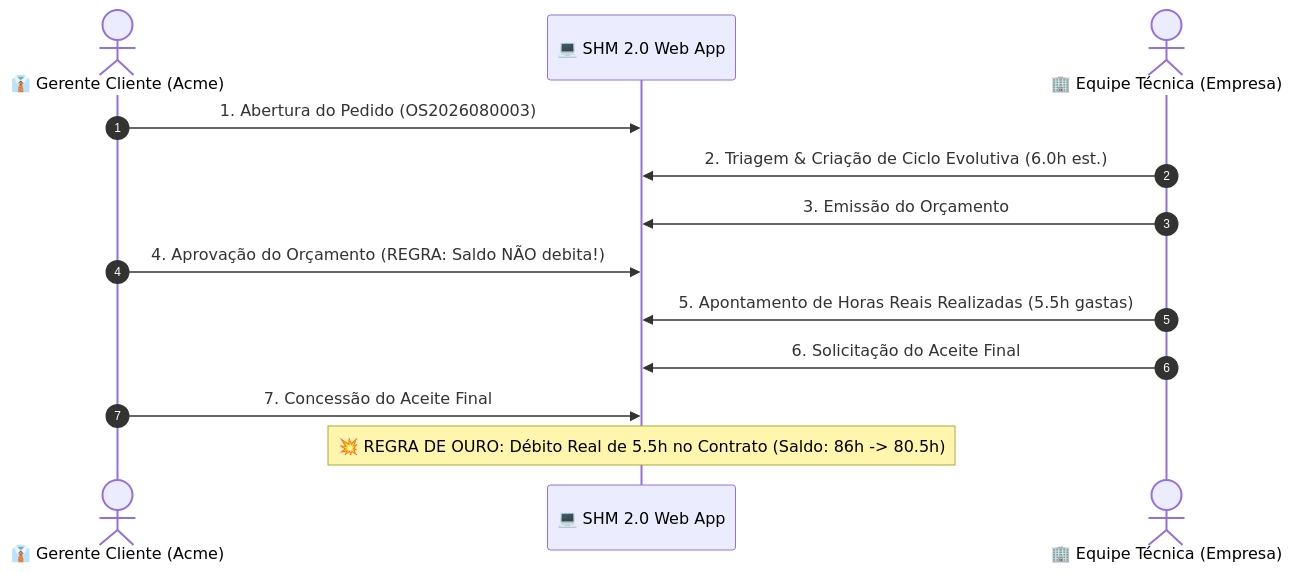
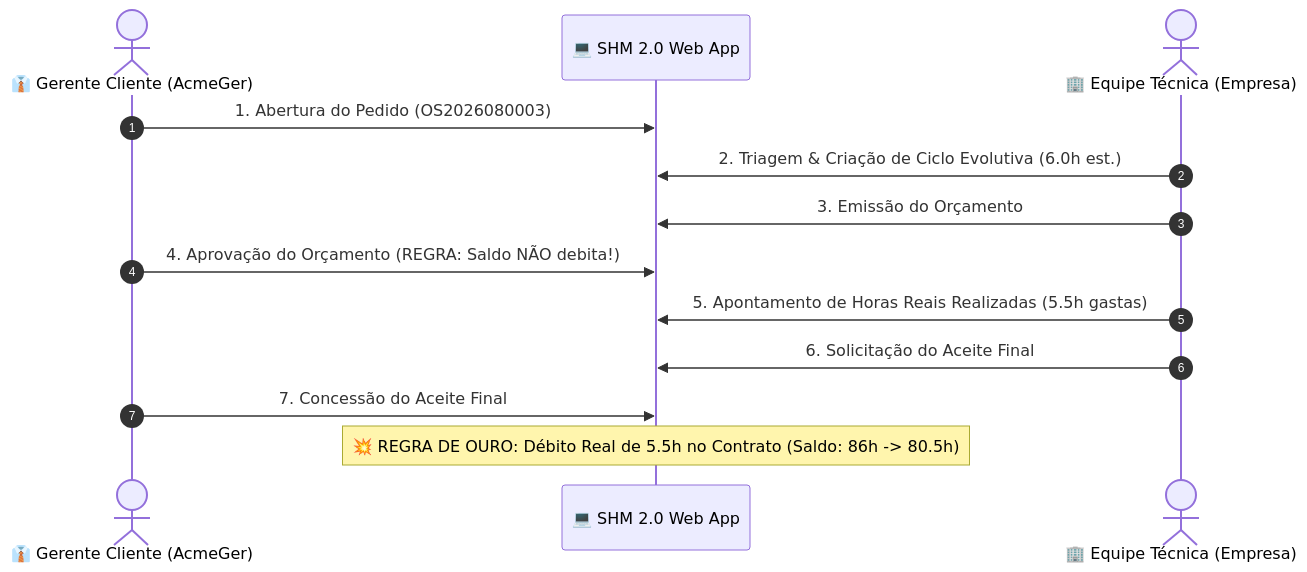
One commit to andresouza72br-sketch/SHM---Support-Hours-Manage changed the diagram in testes/ROTEIRO_DE_TESTES.md. Above: the diagram before and after it, drawn with Mermaid. The commit also changed other lines of this file and 3 other files, not shown here.

````diff
--- a/testes/ROTEIRO_DE_TESTES.md
+++ b/testes/ROTEIRO_DE_TESTES.md
@@ -42,16 +42,16 @@
 ```mermaid
 sequenceDiagram
     autonumber
-    actor Cliente as 👔 Gerente Cliente (Acme)
+    actor Cliente as 👔 Gerente Cliente (AcmeGer)
     participant SHM as 💻 SHM 2.0 Web App
     actor Empresa as 🏢 Equipe Técnica (Empresa)
 
     Cliente->>SHM: 1. Abertura do Pedido (OS2026080003)
     Empresa->>SHM: 2. Triagem & Criação de Ciclo Evolutiva (6.0h est.)
     Empresa->>SHM: 3. Emissão do Orçamento
     Cliente->>SHM: 4. Aprovação do Orçamento (REGRA: Saldo NÃO debita!)
     Empresa->>SHM: 5. Apontamento de Horas Reais Realizadas (5.5h gastas)
     Empresa->>SHM: 6. Solicitação do Aceite Final
     Cliente->>SHM: 7. Concessão do Aceite Final
     Note over SHM: 💥 REGRA DE OURO: Débito Real de 5.5h no Contrato (Saldo: 86h -> 80.5h)
 ```
````
